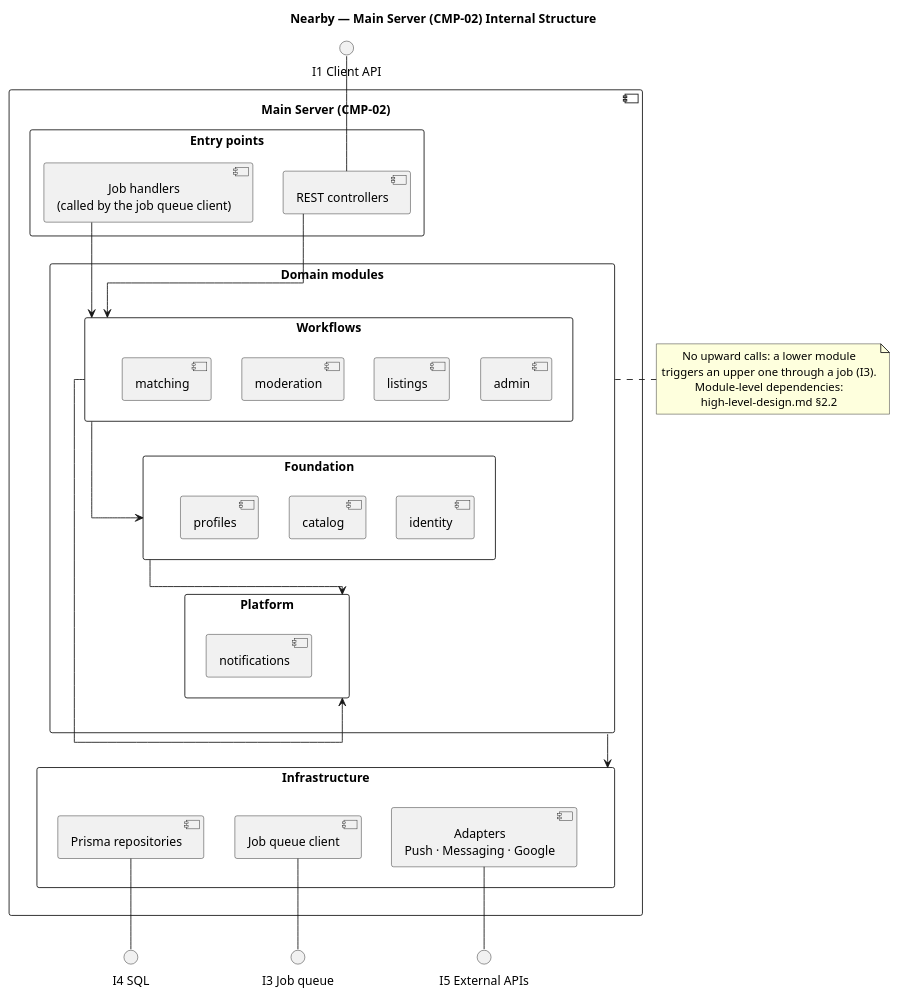
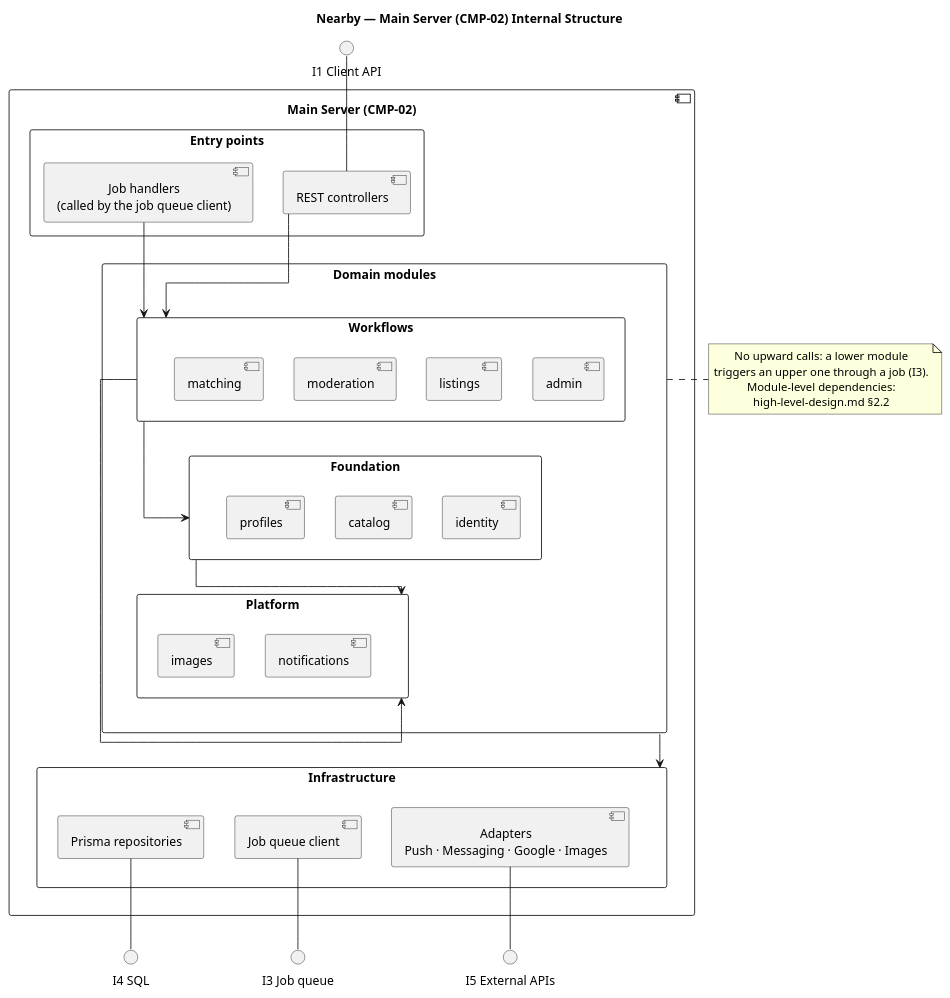
Before and after one commit to ukma-fin-ssdm-2026/pun-intended-team: the diagram in docs/architecture/uml/main-server-components.puml, drawn with PlantUML. The commit also changed 20 other files, not shown here.

```diff
--- a/docs/architecture/uml/main-server-components.puml
+++ b/docs/architecture/uml/main-server-components.puml
@@ -1,85 +1,86 @@
 @startuml main-server-components
 /'
   AI Usage Note
   Drafted with Claude from an architecture discussion led by Viktoriia Baran.
 '/
 title Nearby — Main Server (CMP-02) Internal Structure
 
 skinparam componentStyle uml2
 skinparam shadowing false
 skinparam defaultTextAlignment center
 skinparam linetype ortho
 skinparam packageStyle rectangle
 
 () "I1 Client API" as I1
 
 component "Main Server (CMP-02)" {
 
   package "Entry points" as L1 {
     [REST controllers] as REST
     [Job handlers\n(called by the job queue client)] as JOBS
   }
 
   package "Domain modules" as L2 {
     package "Workflows" as T1 {
       [matching] as MA
       [moderation] as MO
       [listings] as LI
       [admin] as AD
     }
     package "Foundation" as T2 {
       [profiles] as PR
       [catalog] as CA
       [identity] as ID
     }
     package "Platform" as T3 {
       [notifications] as NO
+      [images] as IM
     }
   }
 
   package "Infrastructure" as L3 {
     [Prisma repositories] as REPO
     [Job queue client] as QUEUE
-    [Adapters\nPush · Messaging · Google] as ADP
+    [Adapters\nPush · Messaging · Google · Images] as ADP
   }
 }
 
 () "I4 SQL" as I4
 () "I3 Job queue" as I3
 () "I5 External APIs" as I5
 
 I1 -down- REST
 REST -down-> T1
 JOBS -down-> T1
 
 ' Tier-level dependencies; module-level ones are in high-level-design.md §2.2
 T1 -down-> T2
 T2 -down-> T3
 T1 -down-> T3
 
 L2 -down-> L3
 
 ' Layout only
 MA -[hidden]right- MO
 MO -[hidden]right- LI
 LI -[hidden]right- AD
 PR -[hidden]right- CA
 CA -[hidden]right- ID
 REPO -[hidden]right- QUEUE
 QUEUE -[hidden]right- ADP
 REST -[hidden]down- MO
 MO -[hidden]down- PR
 PR -[hidden]down- NO
 NO -[hidden]down- QUEUE
 REPO -down- I4
 QUEUE -down- I3
 ADP -down- I5
 
 note right of L2
   No upward calls: a lower module
   triggers an upper one through a job (I3).
   Module-level dependencies:
   high-level-design.md §2.2
 end note
 
 @enduml
```
